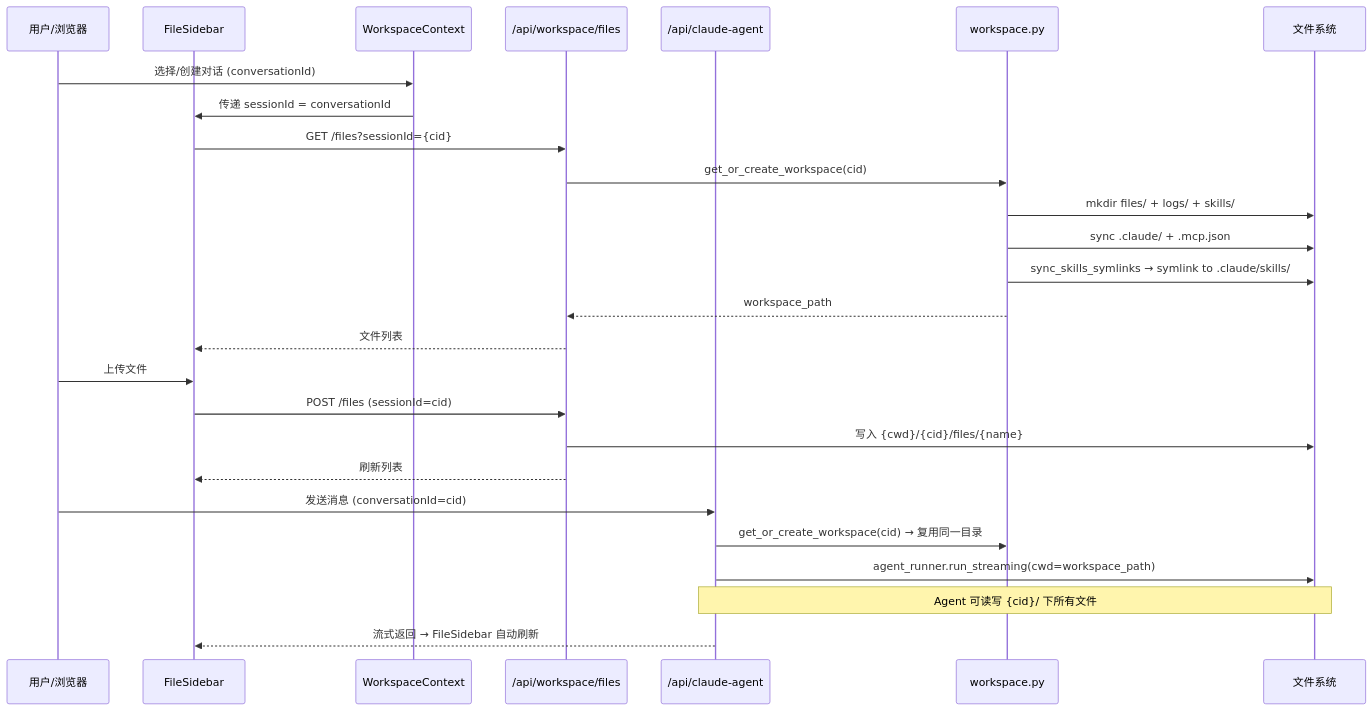
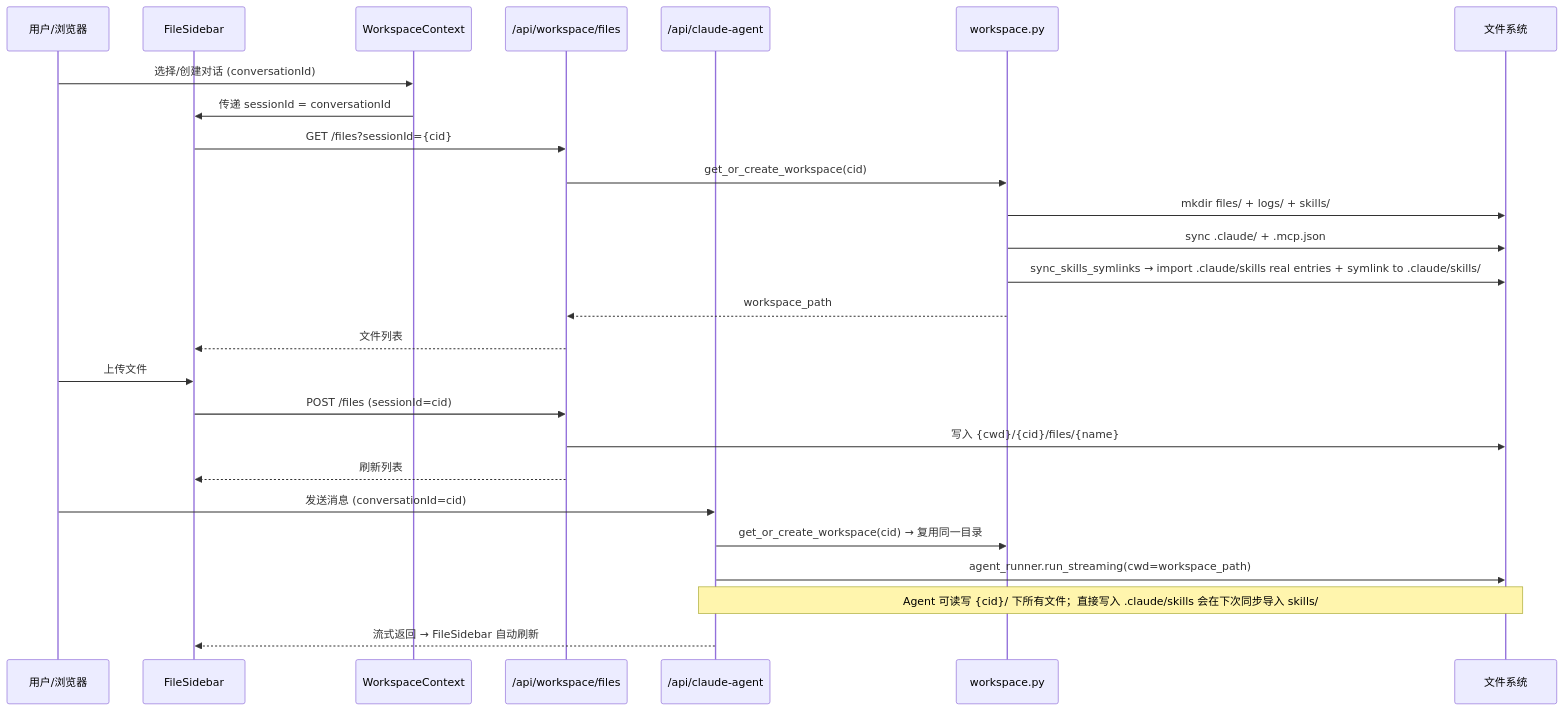
The third of 4 diagrams in docs/design/workspace/workspace-skills-flow.md (glide-the/im-dream), drawn with Mermaid before and after one commit. The commit also changed other lines of this file and 16 other files, not shown here.

First line of the commit message:
feat: implement skills synchronization for direct writes in .claude/skills

````diff
--- a/docs/design/workspace/workspace-skills-flow.md
+++ b/docs/design/workspace/workspace-skills-flow.md
@@ -113,31 +123,31 @@
 ```mermaid
 sequenceDiagram
     participant U as 用户/浏览器
     participant FS as FileSidebar
     participant CTX as WorkspaceContext
     participant API as /api/workspace/files
     participant AGENT as /api/claude-agent
     participant WS as workspace.py
     participant DISK as 文件系统
 
     U->>CTX: 选择/创建对话 (conversationId)
     CTX->>FS: 传递 sessionId = conversationId
     FS->>API: GET /files?sessionId={cid}
     API->>WS: get_or_create_workspace(cid)
     WS->>DISK: mkdir files/ + logs/ + skills/
     WS->>DISK: sync .claude/ + .mcp.json
-    WS->>DISK: sync_skills_symlinks → symlink to .claude/skills/
+    WS->>DISK: sync_skills_symlinks → import .claude/skills real entries + symlink to .claude/skills/
     WS-->>API: workspace_path
     API-->>FS: 文件列表
 
     U->>FS: 上传文件
     FS->>API: POST /files (sessionId=cid)
     API->>DISK: 写入 {cwd}/{cid}/files/{name}
     API-->>FS: 刷新列表
 
     U->>AGENT: 发送消息 (conversationId=cid)
     AGENT->>WS: get_or_create_workspace(cid) → 复用同一目录
     AGENT->>DISK: agent_runner.run_streaming(cwd=workspace_path)
-    Note over AGENT,DISK: Agent 可读写 {cid}/ 下所有文件
+    Note over AGENT,DISK: Agent 可读写 {cid}/ 下所有文件；直接写入 .claude/skills 会在下次同步导入 skills/
     AGENT-->>FS: 流式返回 → FileSidebar 自动刷新
 ```
````
